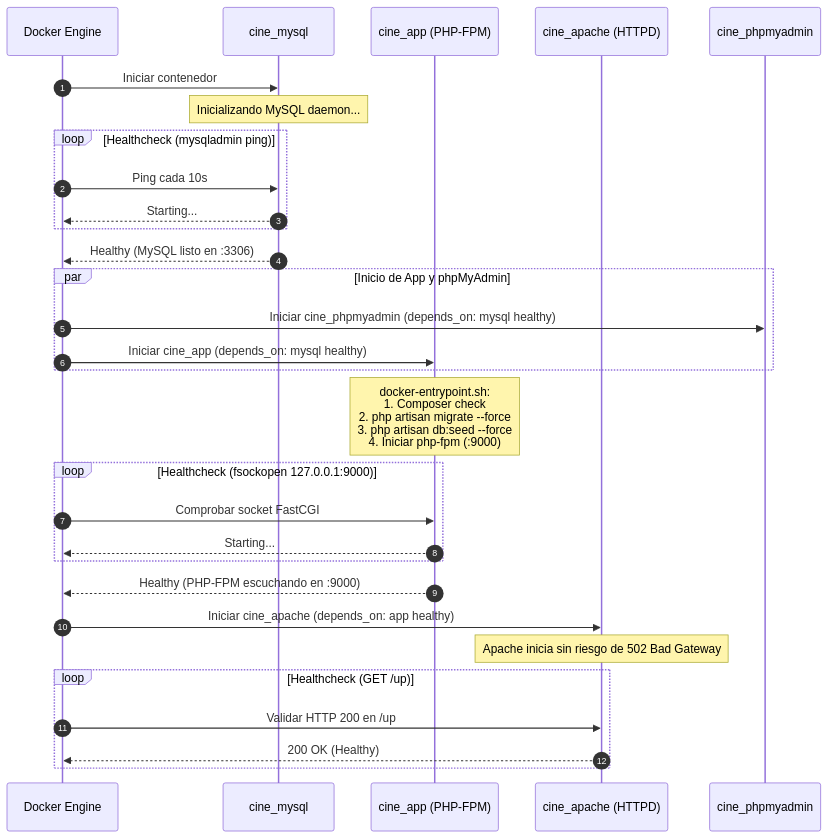
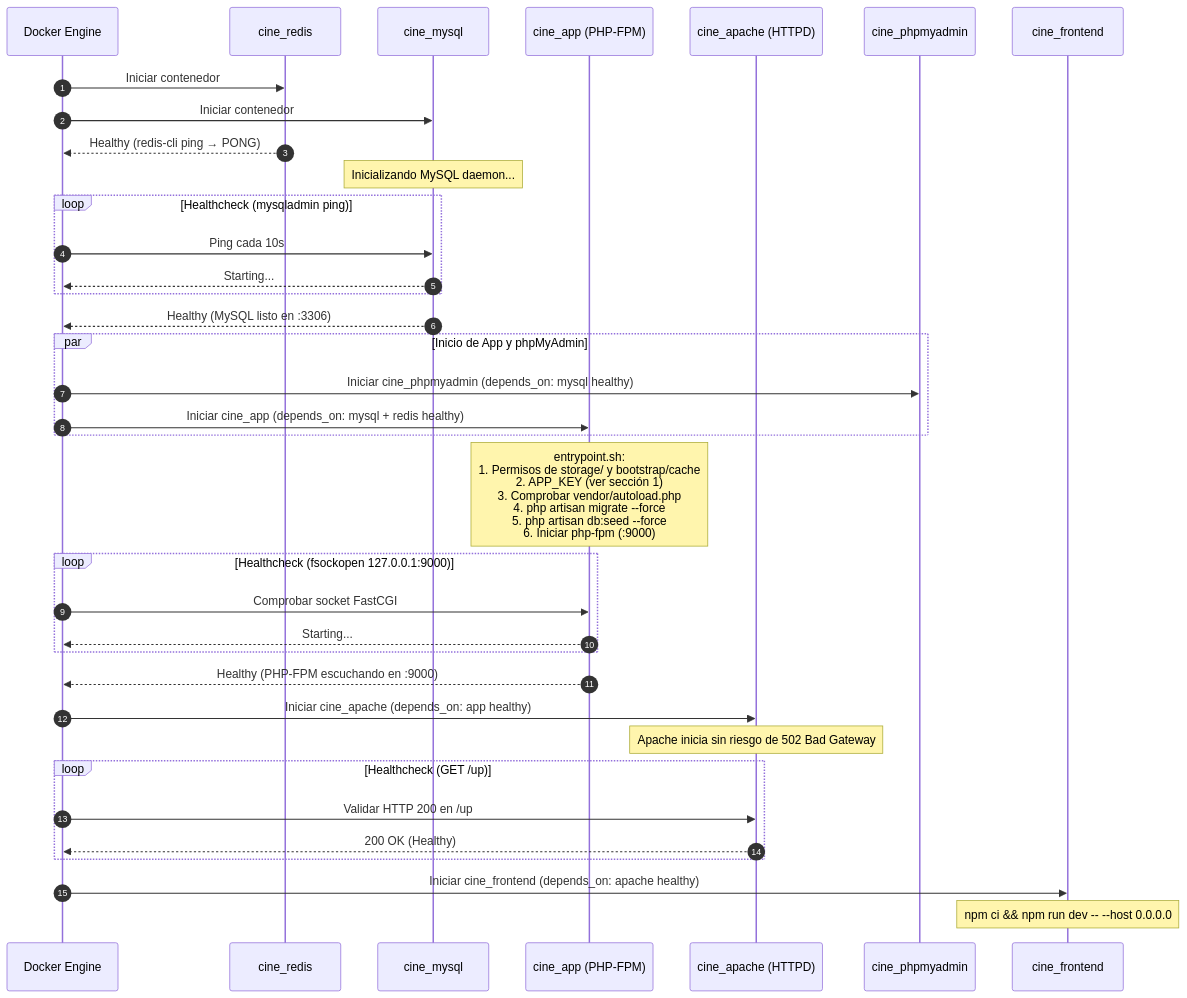
The second of 2 diagrams in docs/docker-entorno-desarrollo.md (JosManMor/cine_web), drawn with Mermaid before and after one commit. The commit also changed other lines of this file and 7 other files, not shown here.

````diff
--- a/docs/docker-entorno-desarrollo.md
+++ b/docs/docker-entorno-desarrollo.md
@@ -121,38 +166,45 @@
 ```mermaid
 sequenceDiagram
     autonumber
     participant Host as Docker Engine
+    participant Redis as cine_redis
     participant MySQL as cine_mysql
     participant App as cine_app (PHP-FPM)
     participant Apache as cine_apache (HTTPD)
     participant PMA as cine_phpmyadmin
+    participant Front as cine_frontend
 
+    Host->>Redis: Iniciar contenedor
     Host->>MySQL: Iniciar contenedor
+    Redis-->>Host: Healthy (redis-cli ping → PONG)
     Note over MySQL: Inicializando MySQL daemon...
     loop Healthcheck (mysqladmin ping)
         Host->>MySQL: Ping cada 10s
         MySQL-->>Host: Starting...
     end
     MySQL-->>Host: Healthy (MySQL listo en :3306)
 
     par Inicio de App y phpMyAdmin
         Host->>PMA: Iniciar cine_phpmyadmin (depends_on: mysql healthy)
-        Host->>App: Iniciar cine_app (depends_on: mysql healthy)
+        Host->>App: Iniciar cine_app (depends_on: mysql + redis healthy)
     end
 
-    Note over App: docker-entrypoint.sh:<br/>1. Composer check<br/>2. php artisan migrate --force<br/>3. php artisan db:seed --force<br/>4. Iniciar php-fpm (:9000)
+    Note over App: entrypoint.sh:<br/>1. Permisos de storage/ y bootstrap/cache<br/>2. APP_KEY (ver sección 1)<br/>3. Comprobar vendor/autoload.php<br/>4. php artisan migrate --force<br/>5. php artisan db:seed --force<br/>6. Iniciar php-fpm (:9000)
 
     loop Healthcheck (fsockopen 127.0.0.1:9000)
         Host->>App: Comprobar socket FastCGI
         App-->>Host: Starting...
     end
     App-->>Host: Healthy (PHP-FPM escuchando en :9000)
 
     Host->>Apache: Iniciar cine_apache (depends_on: app healthy)
     Note over Apache: Apache inicia sin riesgo de 502 Bad Gateway
 
     loop Healthcheck (GET /up)
         Host->>Apache: Validar HTTP 200 en /up
         Apache-->>Host: 200 OK (Healthy)
     end
+
+    Host->>Front: Iniciar cine_frontend (depends_on: apache healthy)
+    Note over Front: npm ci && npm run dev -- --host 0.0.0.0
 ```
````
